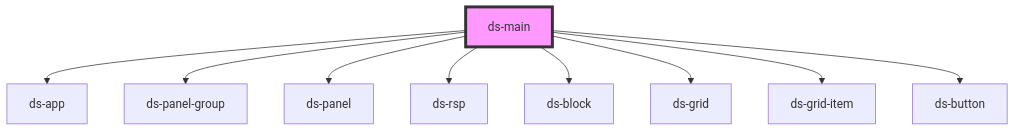
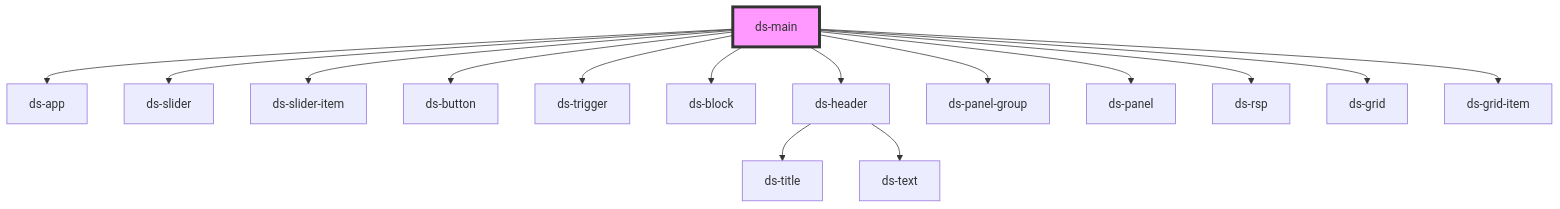
Before and after one commit to jezoock/dot-stash: the diagram in components/readme.md, drawn with Mermaid. The commit also changed other lines of this file and 16 other files, not shown here.

````diff
--- a/components/readme.md
+++ b/components/readme.md
@@ -35,12 +45,18 @@
 ```mermaid
 graph TD;
   ds-main --> ds-app
+  ds-main --> ds-slider
+  ds-main --> ds-slider-item
+  ds-main --> ds-button
+  ds-main --> ds-trigger
+  ds-main --> ds-block
+  ds-main --> ds-header
   ds-main --> ds-panel-group
   ds-main --> ds-panel
   ds-main --> ds-rsp
-  ds-main --> ds-block
   ds-main --> ds-grid
   ds-main --> ds-grid-item
-  ds-main --> ds-button
+  ds-header --> ds-title
+  ds-header --> ds-text
   style ds-main fill:#f9f,stroke:#333,stroke-width:4px
 ```
````
